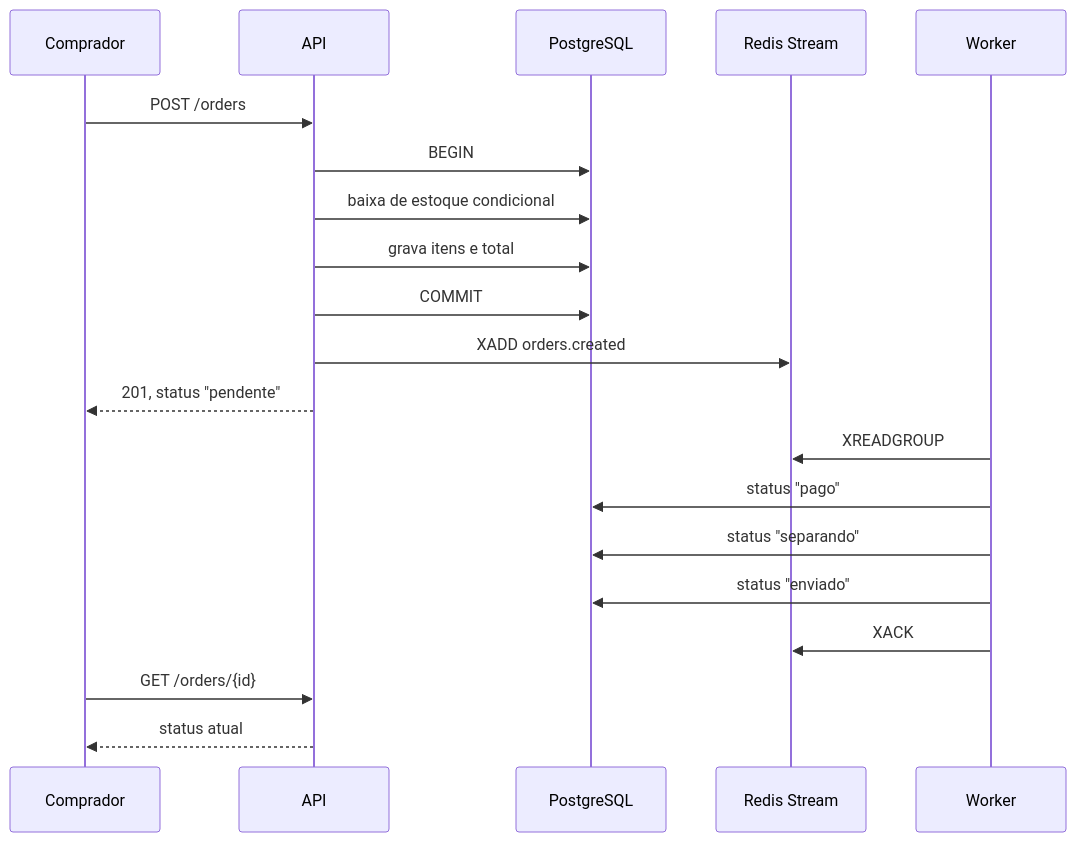
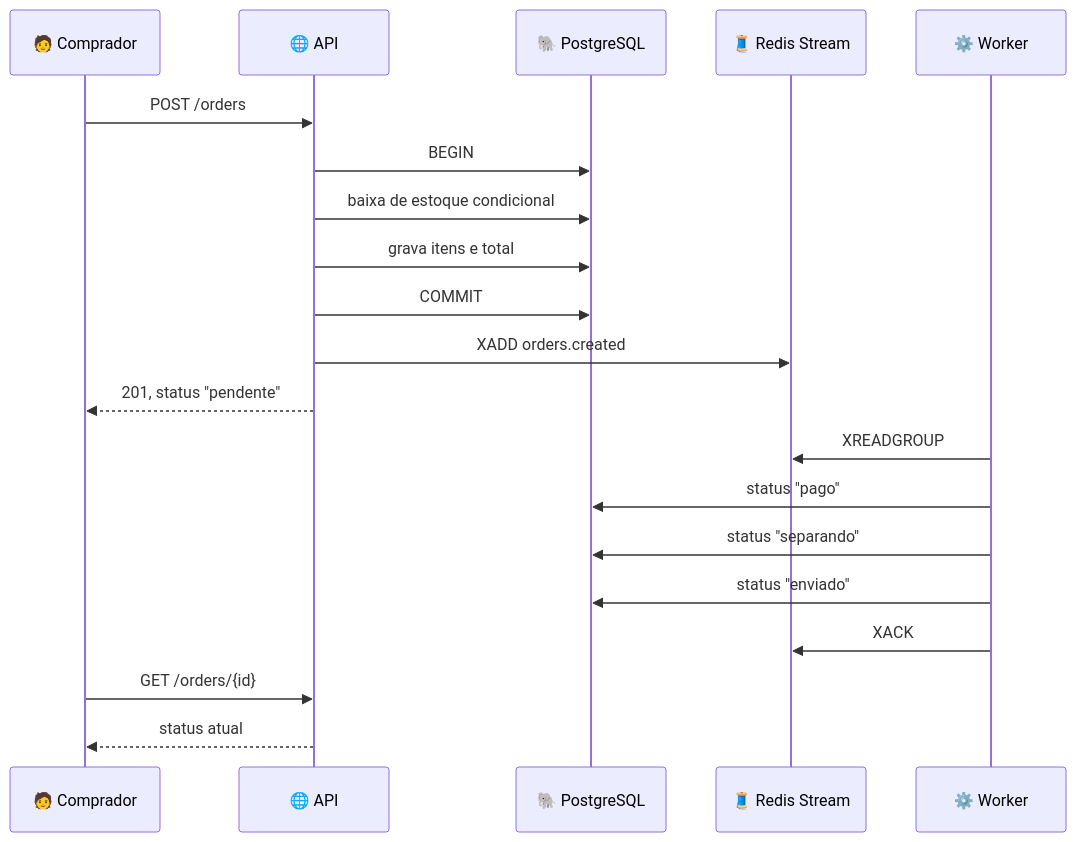
Before and after one commit to turos22/APIRESTFull_GoLang: the diagram in README.md, drawn with Mermaid. The commit also changed other lines of this file, not shown here.

````diff
--- a/README.md
+++ b/README.md
@@ -44,23 +75,23 @@
 ```mermaid
 sequenceDiagram
-    participant C as Comprador
-    participant A as API
-    participant P as PostgreSQL
-    participant R as Redis Stream
-    participant W as Worker
+    participant C as 🧑 Comprador
+    participant A as 🌐 API
+    participant P as 🐘 PostgreSQL
+    participant R as 🧵 Redis Stream
+    participant W as ⚙️ Worker
 
     C->>A: POST /orders
     A->>P: BEGIN
     A->>P: baixa de estoque condicional
     A->>P: grava itens e total
     A->>P: COMMIT
     A->>R: XADD orders.created
     A-->>C: 201, status "pendente"
     W->>R: XREADGROUP
     W->>P: status "pago"
     W->>P: status "separando"
     W->>P: status "enviado"
     W->>R: XACK
     C->>A: GET /orders/{id}
     A-->>C: status atual
 ```
````
